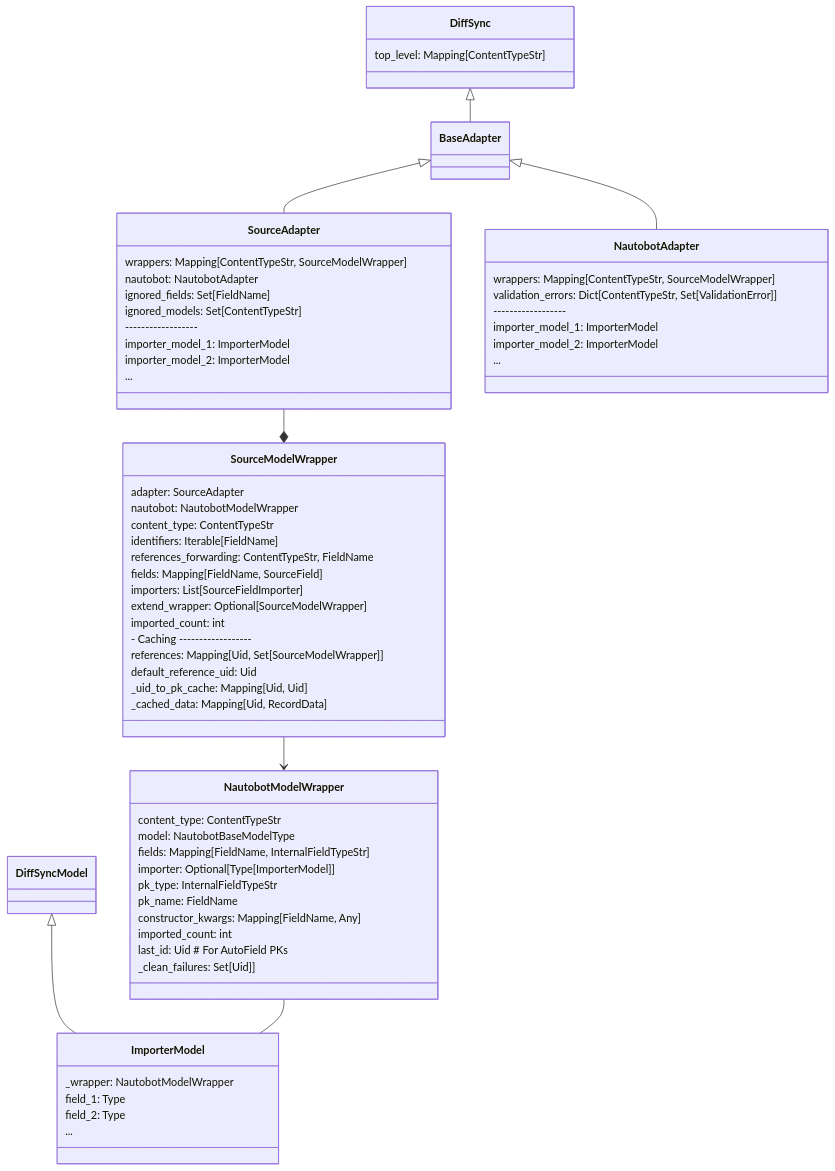
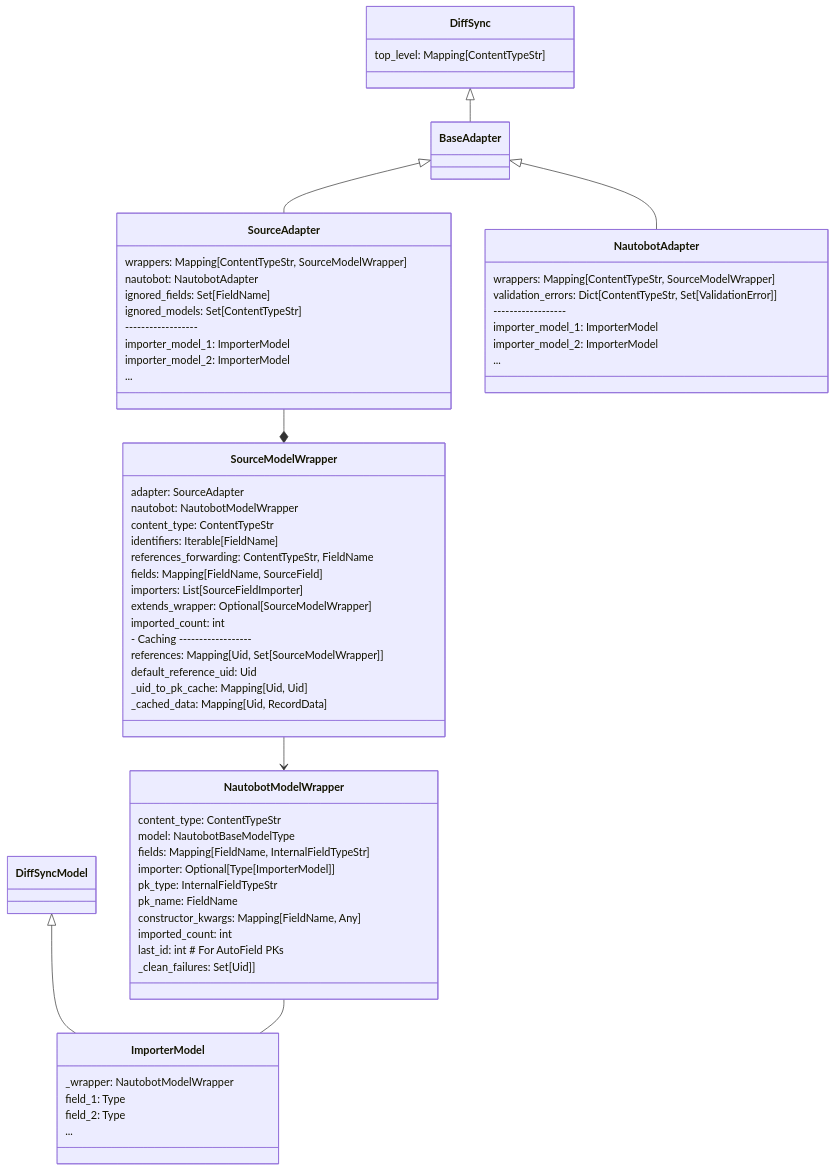
The diagram in docs/dev/importer.md (nautobot/nautobot-app-netbox-importer), drawn with Mermaid before and after one commit. The commit also changed 6 other files, not shown here.

````diff
--- a/docs/dev/importer.md
+++ b/docs/dev/importer.md
@@ -83,72 +83,72 @@
 ```mermaid
 classDiagram
     class DiffSync {
         top_level: Mapping[ContentTypeStr]
     }
     class DiffSyncModel {
         
     }
     class BaseAdapter {
         
     }
     class SourceAdapter {
         wrappers: Mapping[ContentTypeStr, SourceModelWrapper]
         nautobot: NautobotAdapter
         ignored_fields: Set[FieldName]
         ignored_models: Set[ContentTypeStr]
         ------------------
         importer_model_1: ImporterModel
         importer_model_2: ImporterModel
         ...
     }
     class SourceModelWrapper {
         adapter: SourceAdapter
         nautobot: NautobotModelWrapper
         content_type: ContentTypeStr
         identifiers: Iterable[FieldName]
         references_forwarding: ContentTypeStr, FieldName
         fields: Mapping[FieldName, SourceField]
         importers: List[SourceFieldImporter]
-        extend_wrapper: Optional[SourceModelWrapper]
+        extends_wrapper: Optional[SourceModelWrapper]
         imported_count: int
         - Caching ------------------
         references: Mapping[Uid, Set[SourceModelWrapper]]
         default_reference_uid: Uid
         _uid_to_pk_cache: Mapping[Uid, Uid]
         _cached_data: Mapping[Uid, RecordData]
     }
     class NautobotModelWrapper {
         content_type: ContentTypeStr
         model: NautobotBaseModelType
         fields: Mapping[FieldName, InternalFieldTypeStr]
         importer: Optional[Type[ImporterModel]]
         pk_type: InternalFieldTypeStr
         pk_name: FieldName
         constructor_kwargs: Mapping[FieldName, Any]
         imported_count: int
-        last_id: Uid  # For AutoField PKs
+        last_id: int  # For AutoField PKs
         _clean_failures: Set[Uid]]
     }
     class NautobotAdapter {
         wrappers: Mapping[ContentTypeStr, SourceModelWrapper]
         validation_errors: Dict[ContentTypeStr, Set[ValidationError]]
         ------------------
         importer_model_1: ImporterModel
         importer_model_2: ImporterModel
         ...
     }
     class ImporterModel {
         _wrapper: NautobotModelWrapper
         field_1: Type
         field_2: Type
         ...
     }
 
     DiffSync <|-- BaseAdapter
     DiffSyncModel <|-- ImporterModel
     BaseAdapter <|-- SourceAdapter
     SourceModelWrapper --> NautobotModelWrapper
     SourceAdapter --* SourceModelWrapper
     BaseAdapter <|-- NautobotAdapter
     NautobotModelWrapper -- ImporterModel
 ```
````
